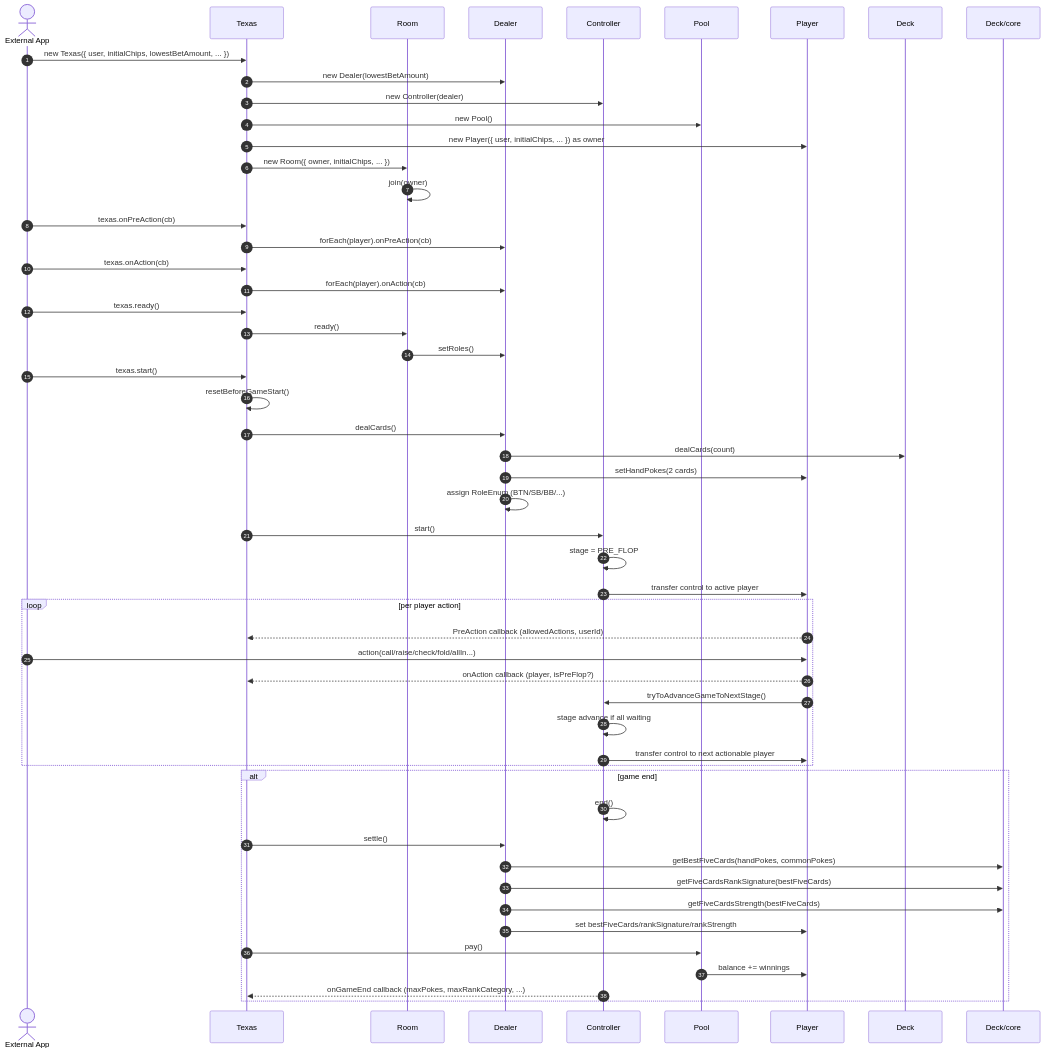
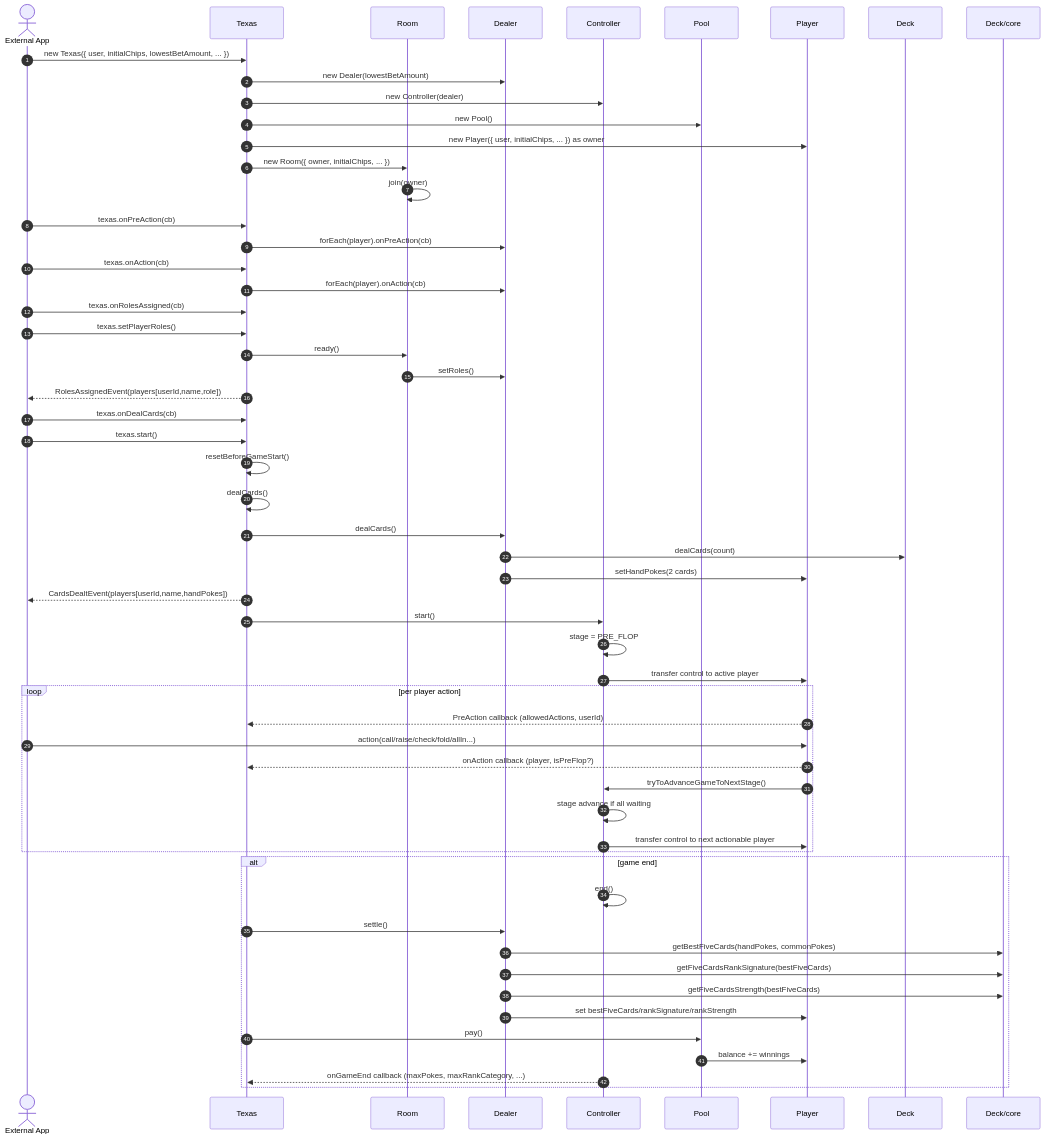
One commit to STTTOS/Texas-Poker-Core changed the diagram in openspec/changes/architecture-overview/design.md. Above: the diagram before and after it, drawn with Mermaid. The commit also changed other lines of this file and 16 other files, not shown here.

````diff
--- a/openspec/changes/architecture-overview/design.md
+++ b/openspec/changes/architecture-overview/design.md
@@ -19,63 +19,69 @@
 ```mermaid
 sequenceDiagram
   autonumber
   actor App as External App
   participant Texas
   participant Room
   participant Dealer
   participant Controller
   participant Pool
   participant Player
   participant Deck
   participant Eval as Deck/core
 
   App->>Texas: new Texas({ user, initialChips, lowestBetAmount, ... })
   Texas->>Dealer: new Dealer(lowestBetAmount)
   Texas->>Controller: new Controller(dealer)
   Texas->>Pool: new Pool()
   Texas->>Player: new Player({ user, initialChips, ... }) as owner
   Texas->>Room: new Room({ owner, initialChips, ... })
   Room->>Room: join(owner)
 
   App->>Texas: texas.onPreAction(cb)
   Texas->>Dealer: forEach(player).onPreAction(cb)
 
   App->>Texas: texas.onAction(cb)
   Texas->>Dealer: forEach(player).onAction(cb)
 
-  App->>Texas: texas.ready()
+  App->>Texas: texas.onRolesAssigned(cb)
+
+  App->>Texas: texas.setPlayerRoles()
   Texas->>Room: ready()
   Room->>Dealer: setRoles()
+  Texas-->>App: RolesAssignedEvent(players[userId,name,role])
+
+  App->>Texas: texas.onDealCards(cb)
 
   App->>Texas: texas.start()
   Texas->>Texas: resetBeforeGameStart()
+  Texas->>Texas: dealCards()
   Texas->>Dealer: dealCards()
   Dealer->>Deck: dealCards(count)
   Dealer->>Player: setHandPokes(2 cards)
-  Dealer->>Dealer: assign RoleEnum (BTN/SB/BB/...)
+  Texas-->>App: CardsDealtEvent(players[userId,name,handPokes])
 
   Texas->>Controller: start()
   Controller->>Controller: stage = PRE_FLOP
   Controller->>Player: transfer control to active player
 
   loop per player action
     Player-->>Texas: PreAction callback (allowedActions, userId)
     App->>Player: action(call/raise/check/fold/allIn...)
     Player-->>Texas: onAction callback (player, isPreFlop?)
     Player->>Controller: tryToAdvanceGameToNextStage()
     Controller->>Controller: stage advance if all waiting
     Controller->>Player: transfer control to next actionable player
   end
 
   alt game end
     Controller->>Controller: end()
     Texas->>Dealer: settle()
     Dealer->>Eval: getBestFiveCards(handPokes, commonPokes)
     Dealer->>Eval: getFiveCardsRankSignature(bestFiveCards)
     Dealer->>Eval: getFiveCardsStrength(bestFiveCards)
     Dealer->>Player: set bestFiveCards/rankSignature/rankStrength
     Texas->>Pool: pay()
     Pool->>Player: balance += winnings
     Controller-->>Texas: onGameEnd callback (maxPokes, maxRankCategory, ...)
   end
 ```
````
